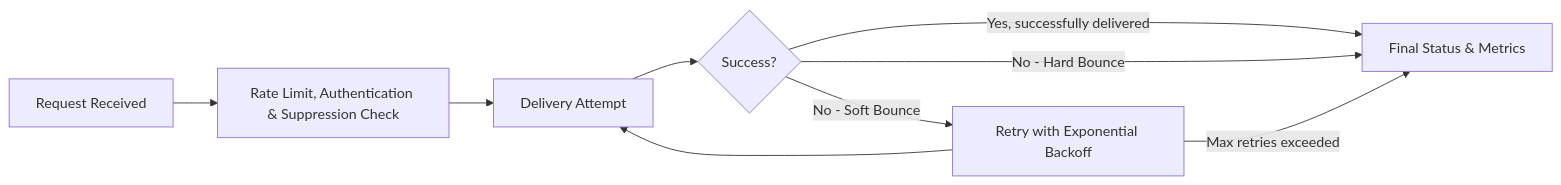
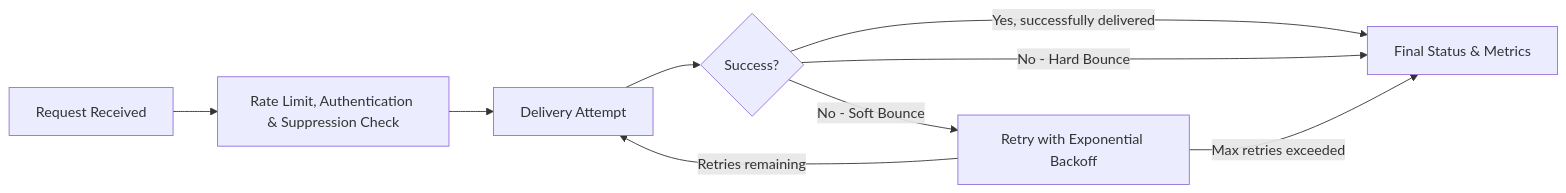
The first of 2 diagrams in src/content/docs/email-service/concepts/email-lifecycle.mdx (cloudflare/cloudflare-docs), drawn with Mermaid before and after one commit. The commit also changed other lines of this file and 43 other files, not shown here.

````diff
--- a/src/content/docs/email-service/concepts/email-lifecycle.mdx
+++ b/src/content/docs/email-service/concepts/email-lifecycle.mdx
@@ -19,10 +21,10 @@
 ```mermaid
 flowchart LR
     A[Request Received] --> B["Rate Limit, Authentication & Suppression Check"] --> E[Delivery Attempt]
     E --> G{Success?}
     G -->|Yes, successfully delivered| F[Final Status & Metrics]
     G -->|No - Soft Bounce| H[Retry with Exponential Backoff]
     G -->|No - Hard Bounce| F
-    H --> E
+    H -->|Retries remaining| E
     H -->|Max retries exceeded| F
 ```
````
